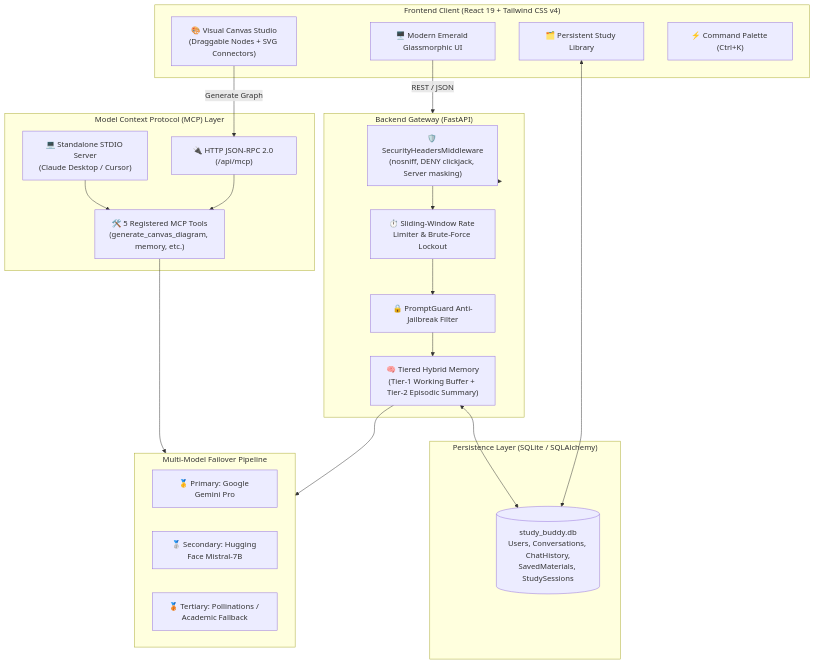
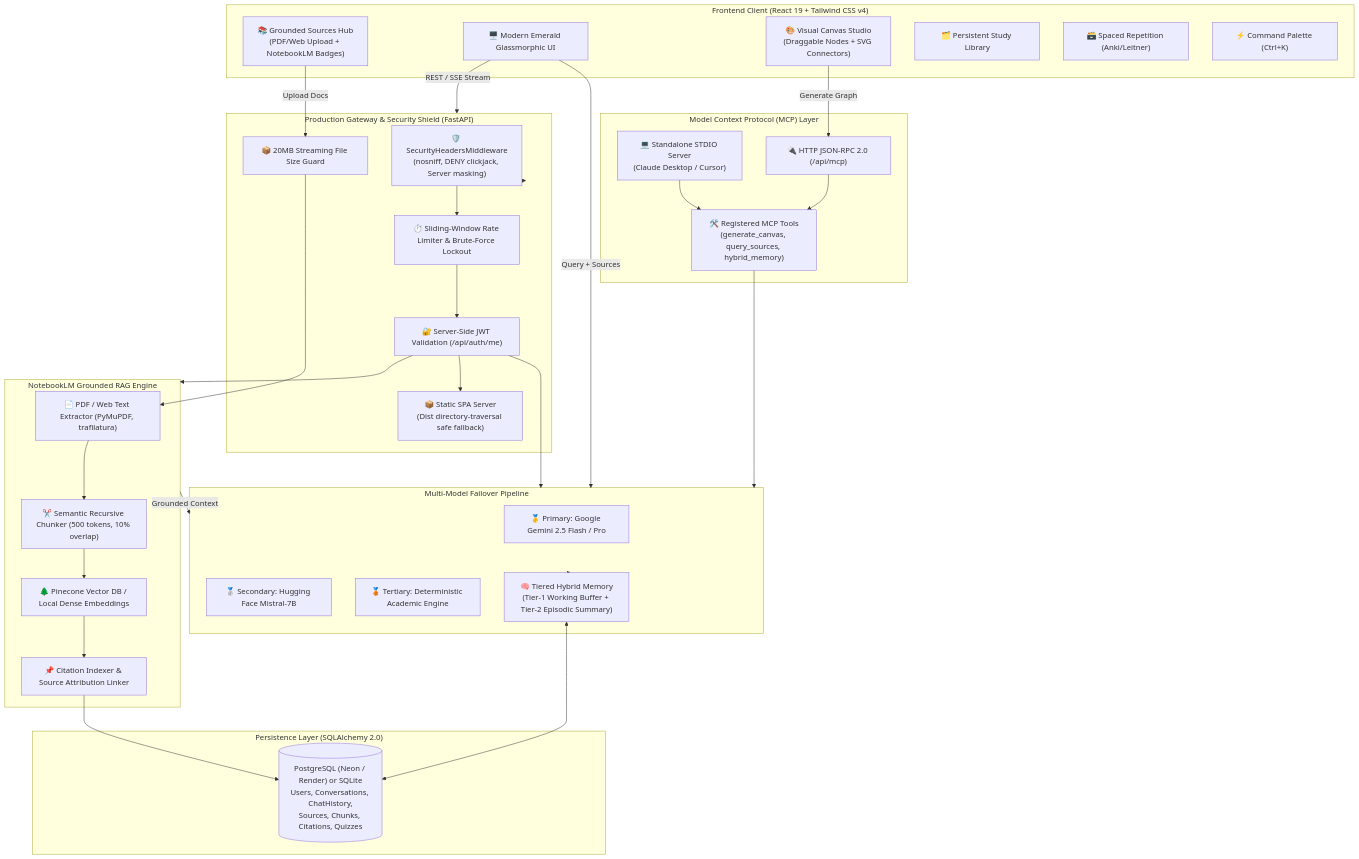
Before and after one commit to Arjit005/AI_Powered_StudyBuddy: the diagram in README.md, drawn with Mermaid. The commit also changed other lines of this file, not shown here.

Commit message:
docs: modernize README with NotebookLM RAG, Render deployment, and system architecture

````diff
--- a/README.md
+++ b/README.md
@@ -18,42 +28,61 @@
 ```mermaid
 flowchart TD
     subgraph Client ["Frontend Client (React 19 + Tailwind CSS v4)"]
         UI["🖥️ Modern Emerald Glassmorphic UI"]
         CanvasStudio["🎨 Visual Canvas Studio\n(Draggable Nodes + SVG Connectors)"]
+        RAGHub["📚 Grounded Sources Hub\n(PDF/Web Upload + NotebookLM Badges)"]
         LibraryHub["🗂️ Persistent Study Library"]
+        Flashcards["🗃️ Spaced Repetition (Anki/Leitner)"]
         CmdPalette["⚡ Command Palette (Ctrl+K)"]
+    end
+
+    subgraph Gateway ["Production Gateway & Security Shield (FastAPI)"]
+        SecHeaders["🛡️ SecurityHeadersMiddleware\n(nosniff, DENY clickjack, Server masking)"]
+        RateLimiter["⏱️ Sliding-Window Rate Limiter & Brute-Force Lockout"]
+        AuthGuard["🔐 Server-Side JWT Validation (/api/auth/me)"]
+        UploadGuard["📦 20MB Streaming File Size Guard"]
+        SPAServer["📦 Static SPA Server\n(Dist directory-traversal safe fallback)"]
+    end
+
+    subgraph RAGCore ["NotebookLM Grounded RAG Engine"]
+        Extractor["📄 PDF / Web Text Extractor (PyMuPDF, trafilatura)"]
+        Chunker["✂️ Semantic Recursive Chunker (500 tokens, 10% overlap)"]
+        VectorDB["🌲 Pinecone Vector DB / Local Dense Embeddings"]
+        CitationEngine["📌 Citation Indexer & Source Attribution Linker"]
     end
 
     subgraph MCPBus ["Model Context Protocol (MCP) Layer"]
         MCPEndpoint["🔌 HTTP JSON-RPC 2.0 (/api/mcp)"]
         MCPStdio["💻 Standalone STDIO Server\n(Claude Desktop / Cursor)"]
-        ToolsRegistry["🛠️ 5 Registered MCP Tools\n(generate_canvas_diagram, memory, etc.)"]
+        ToolsRegistry["🛠️ Registered MCP Tools\n(generate_canvas, query_sources, hybrid_memory)"]
     end
 
-    subgraph Backend ["Backend Gateway (FastAPI)"]
-        SecHeaders["🛡️ SecurityHeadersMiddleware\n(nosniff, DENY clickjack, Server masking)"]
-        RateLimiter["⏱️ Sliding-Window Rate Limiter & Brute-Force Lockout"]
-        PromptGuard["🔒 PromptGuard Anti-Jailbreak Filter"]
+    subgraph AIOrchestrator ["Multi-Model Failover Pipeline"]
+        Gemini["🥇 Primary: Google Gemini 2.5 Flash / Pro"]
+        HF["🥈 Secondary: Hugging Face Mistral-7B"]
+        Fallback["🥉 Tertiary: Deterministic Academic Engine"]
         HybridMem["🧠 Tiered Hybrid Memory\n(Tier-1 Working Buffer + Tier-2 Episodic Summary)"]
     end
 
-    subgraph Storage ["Persistence Layer (SQLite / SQLAlchemy)"]
-        DB[("study_buddy.db\nUsers, Conversations, ChatHistory,\nSavedMaterials, StudySessions")]
+    subgraph Persistence ["Persistence Layer (SQLAlchemy 2.0)"]
+        DB[("PostgreSQL (Neon / Render) or SQLite\nUsers, Conversations, ChatHistory,\nSources, Chunks, Citations, Quizzes")]
     end
 
-    subgraph AIService ["Multi-Model Failover Pipeline"]
-        Gemini["🥇 Primary: Google Gemini Pro"]
-        HF["🥈 Secondary: Hugging Face Mistral-7B"]
-        Pollinations["🥉 Tertiary: Pollinations / Academic Fallback"]
-    end
-
-    UI -->|"REST / JSON"| Backend
+    UI -->|"REST / SSE Stream"| Gateway
+    Gateway --> SecHeaders --> RateLimiter --> AuthGuard
+    AuthGuard --> SPAServer
+    AuthGuard --> RAGCore
+    AuthGuard --> AIOrchestrator
+    
+    RAGHub -->|"Upload Docs"| UploadGuard --> Extractor --> Chunker --> VectorDB
+    VectorDB --> CitationEngine --> DB
+    
+    UI -->|"Query + Sources"| AIOrchestrator
+    AIOrchestrator --> HybridMem <--> DB
+    RAGCore -->|"Grounded Context"| AIOrchestrator
+    
     CanvasStudio -->|"Generate Graph"| MCPEndpoint
     MCPStdio --> ToolsRegistry
     MCPEndpoint --> ToolsRegistry
-    ToolsRegistry --> AIService
-    Backend --> SecHeaders --> RateLimiter --> PromptGuard
-    PromptGuard --> HybridMem --> AIService
-    HybridMem <--> DB
-    LibraryHub <--> DB
+    ToolsRegistry --> AIOrchestrator
 ```
````
